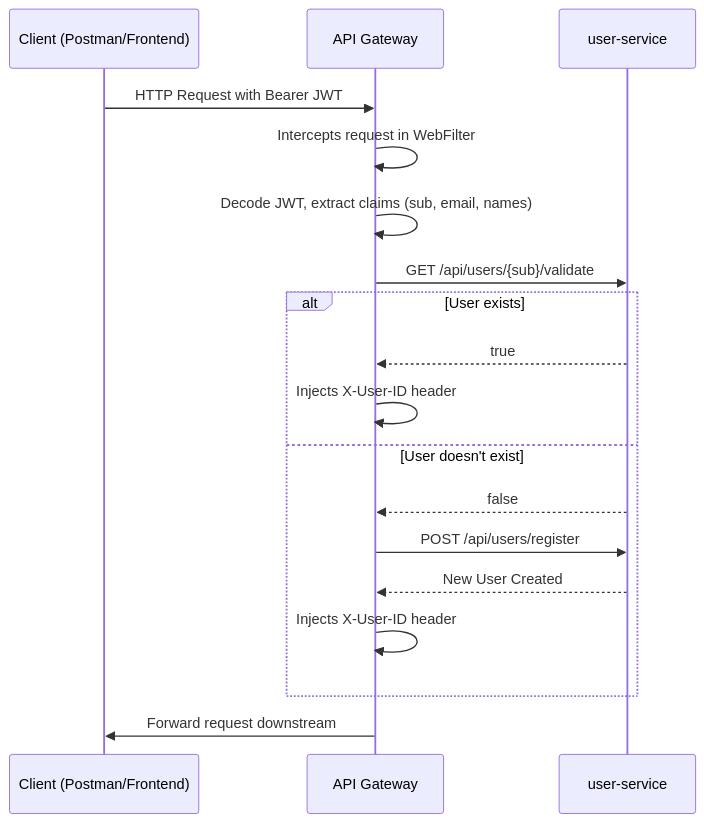
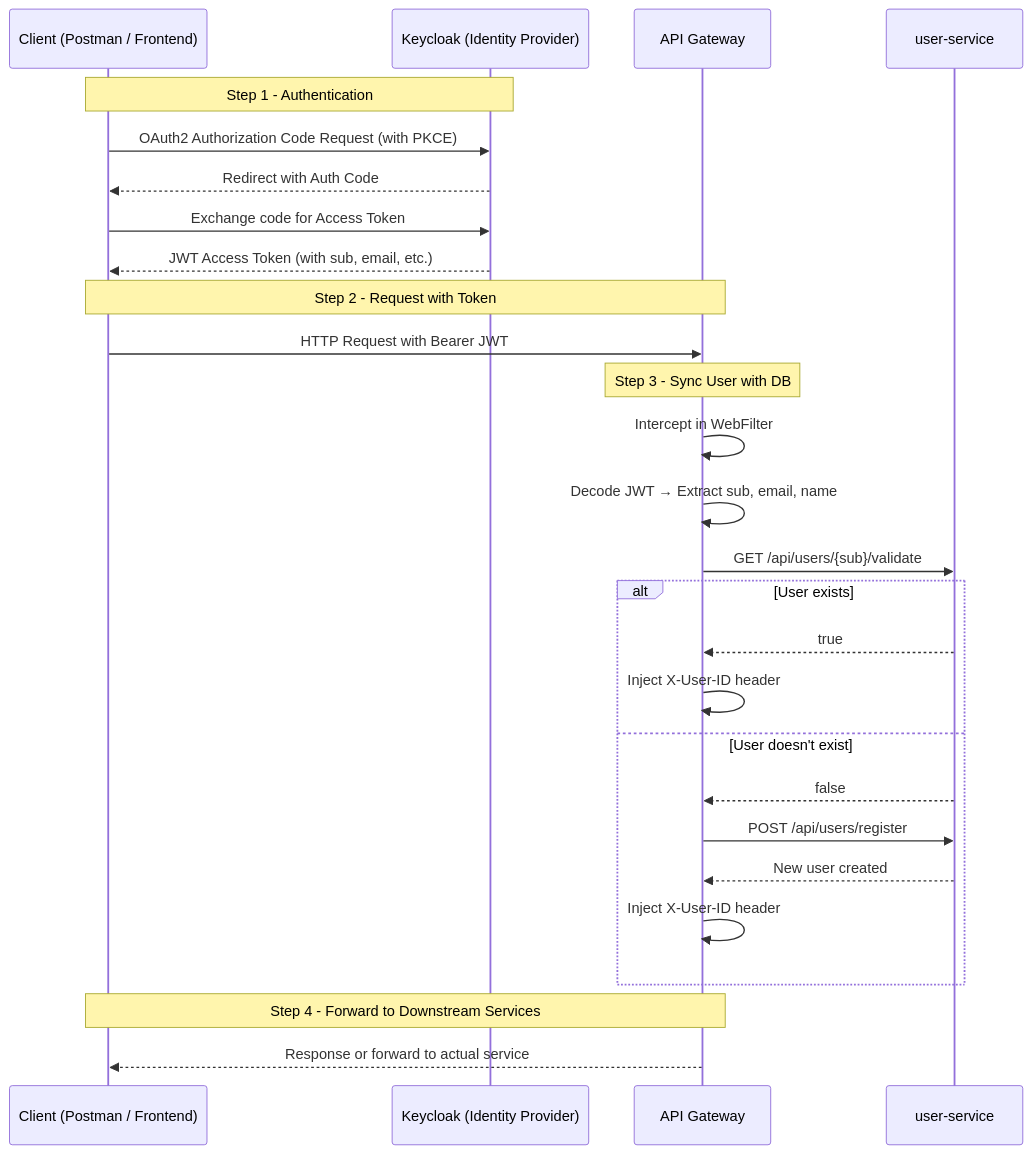
One commit to PritiAryal/Smart-Fitness-Companion changed the third of 4 diagrams in README.md. Above: the diagram before and after it, drawn with Mermaid. The commit also changed other lines of this file and 1 other file, not shown here.

````diff
--- a/README.md
+++ b/README.md
@@ -973,21 +973,34 @@
 ```mermaid
 sequenceDiagram
-    participant Client as Client (Postman/Frontend)
+    participant Client as Client (Postman / Frontend)
+    participant Keycloak as Keycloak (Identity Provider)
     participant Gateway as API Gateway
     participant UserSvc as user-service
 
+    Note over Client, Keycloak: Step 1 - Authentication
+    Client->>Keycloak: OAuth2 Authorization Code Request (with PKCE)
+    Keycloak-->>Client: Redirect with Auth Code
+    Client->>Keycloak: Exchange code for Access Token
+    Keycloak-->>Client: JWT Access Token (with sub, email, etc.)
+
+    Note over Client, Gateway: Step 2 - Request with Token
     Client->>Gateway: HTTP Request with Bearer JWT
-    Gateway->>Gateway: Intercepts request in WebFilter
-    Gateway->>Gateway: Decode JWT, extract claims (sub, email, names)
+
+    Note over Gateway: Step 3 - Sync User with DB
+    Gateway->>Gateway: Intercept in WebFilter
+    Gateway->>Gateway: Decode JWT → Extract sub, email, name
+
     Gateway->>UserSvc: GET /api/users/{sub}/validate
     alt User exists
         UserSvc-->>Gateway: true
-        Gateway->>Gateway: Injects X-User-ID header
+        Gateway->>Gateway: Inject X-User-ID header
     else User doesn't exist
         UserSvc-->>Gateway: false
         Gateway->>UserSvc: POST /api/users/register
-        UserSvc-->>Gateway: New User Created
-        Gateway->>Gateway: Injects X-User-ID header
+        UserSvc-->>Gateway: New user created
+        Gateway->>Gateway: Inject X-User-ID header
     end
-    Gateway->>Client: Forward request downstream
+
+    Note over Gateway, Client: Step 4 - Forward to Downstream Services
+    Gateway-->>Client: Response or forward to actual service
 ```
````
